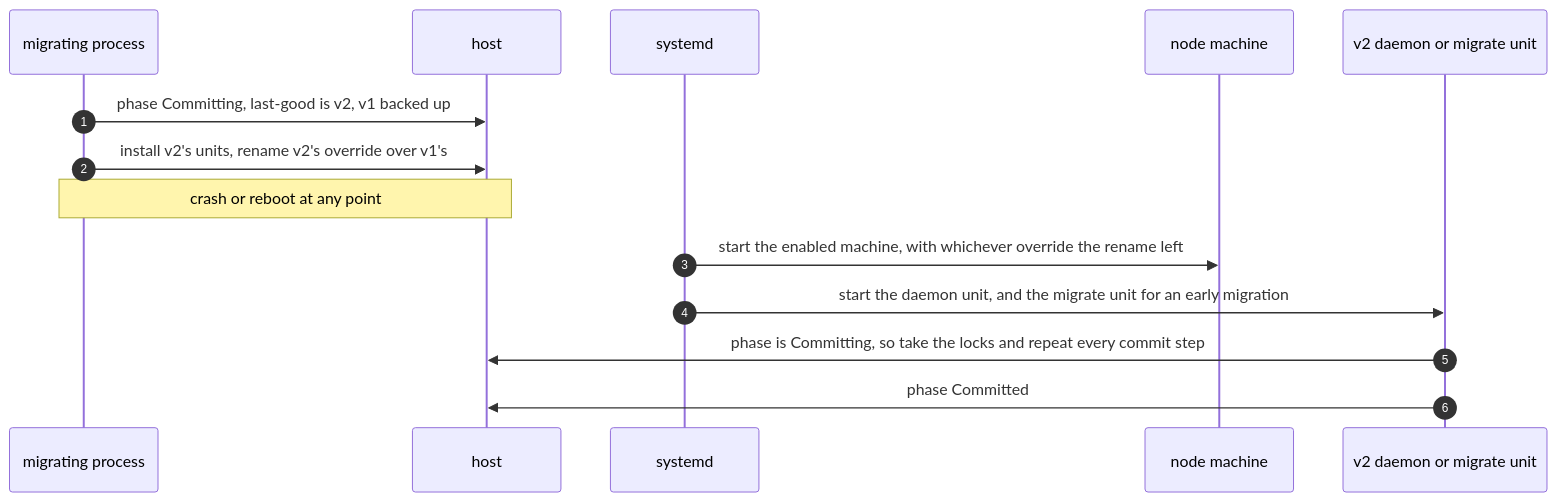
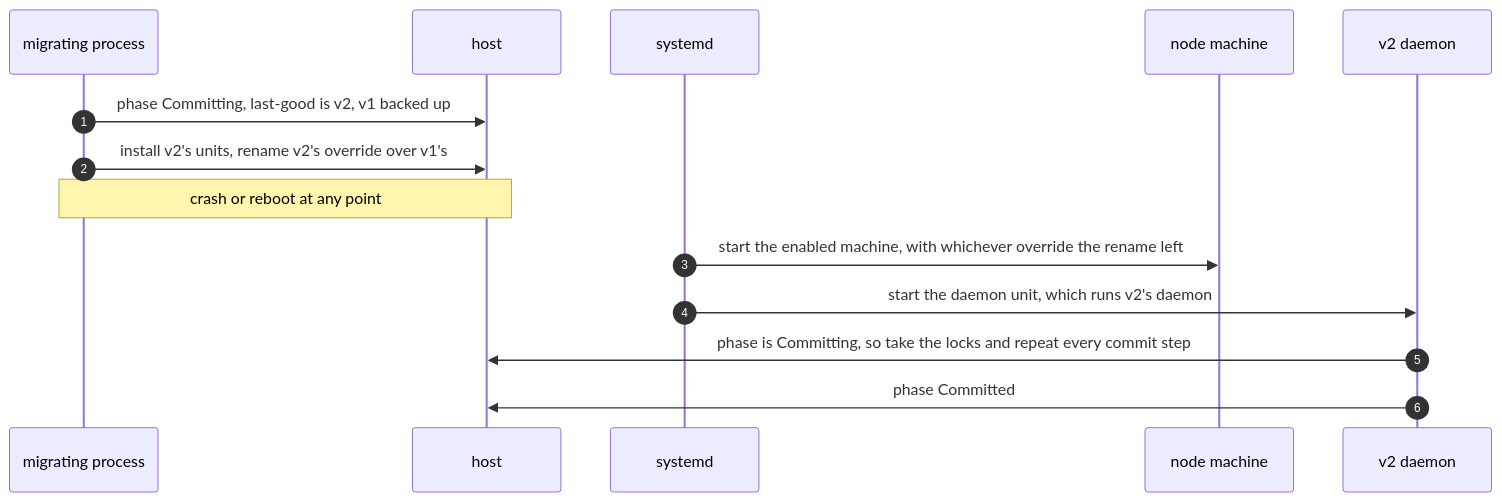
The fourth of 5 diagrams in designs/agent-v2/10-migration-from-v1.md (Azure/unbounded), drawn with Mermaid before and after one commit. The commit also changed other lines of this file and 11 other files, not shown here.

````diff
--- a/designs/agent-v2/10-migration-from-v1.md
+++ b/designs/agent-v2/10-migration-from-v1.md
@@ -346,16 +314,16 @@
 ```mermaid
 sequenceDiagram
   autonumber
   participant P as migrating process
   participant H as host
   participant SD as systemd
   participant N as node machine
-  participant V as v2 daemon or migrate unit
+  participant V as v2 daemon
   P->>H: phase Committing, last-good is v2, v1 backed up
   P->>H: install v2's units, rename v2's override over v1's
   Note over P,H: crash or reboot at any point
   SD->>N: start the enabled machine, with whichever override the rename left
-  SD->>V: start the daemon unit, and the migrate unit for an early migration
+  SD->>V: start the daemon unit, which runs v2's daemon
   V->>H: phase is Committing, so take the locks and repeat every commit step
   V->>H: phase Committed
 ```
````
